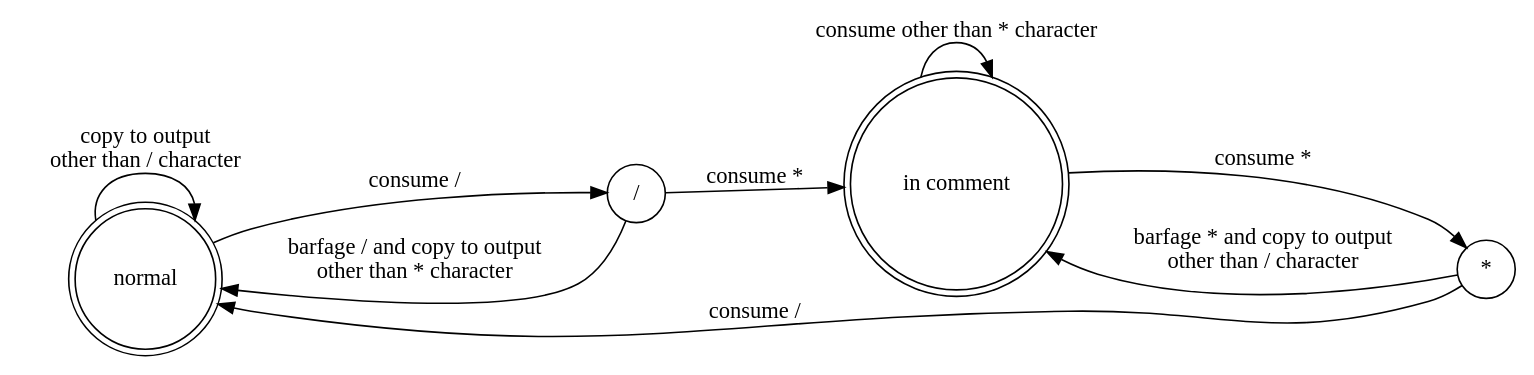
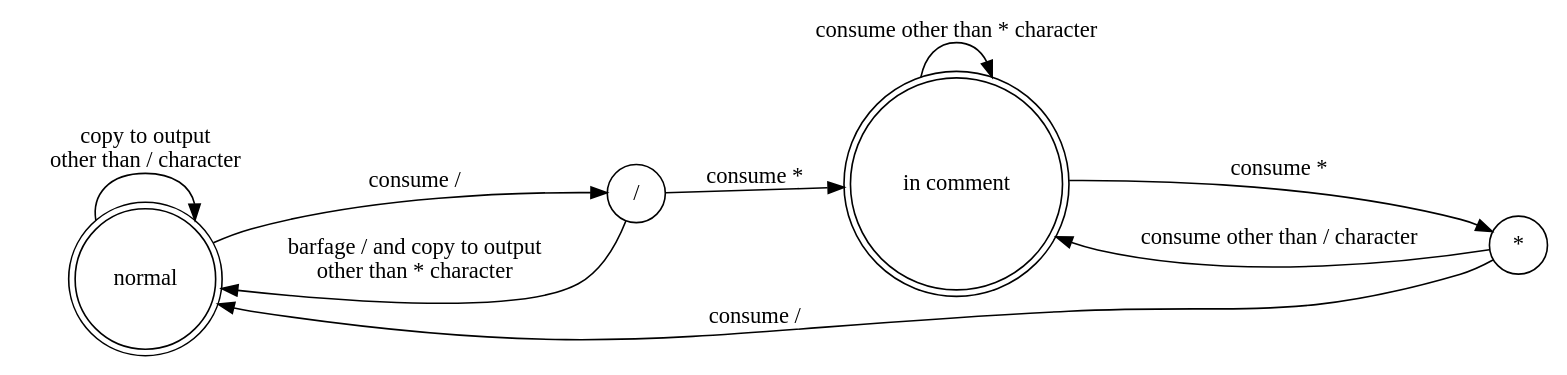
The second of 2 diagrams in hacking_notebook.org (HyunggyuJang/The-C-programming-language-), drawn with Graphviz before and after one commit. The commit also changed other lines of this file and 1 other file, not shown here.

```diff
--- a/hacking_notebook.org
+++ b/hacking_notebook.org
@@ -2507,15 +2507,15 @@
 #+BEGIN_SRC dot :file C_codes/ex1_23.png :exports results
 digraph G {
     rankdir = LR;
     node [shape = doublecircle] "normal" "in comment";
     node [shape = circle];
     "normal" -> "normal" [label = "copy to output\nother than / character"]
     "normal" -> "/" [label = "consume /"]
     "/" -> "normal" [label = "barfage / and copy to output\nother than * character"]
     "/" -> "in comment" [label = "consume *"]
     "in comment" -> "in comment" [label = "consume other than * character"]
     "in comment" -> "*" [label = "consume *"]
-    "*" -> "in comment" [label = "barfage * and copy to output\nother than / character"]
+    "*" -> "in comment" [label = "consume other than / character"]
     "*" -> "normal" [label = "consume /"]
 }
 #+END_SRC
```
